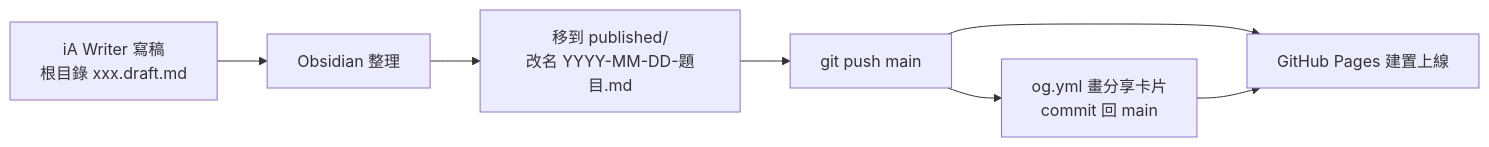
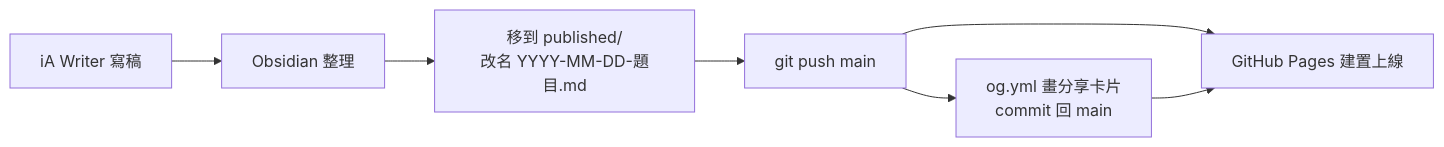
One commit to laiyenju/laiyenju.github.io changed the first of 3 diagrams in README.md. Above: the diagram before and after it, drawn with Mermaid. The commit also changed other lines of this file, not shown here.

````diff
--- a/README.md
+++ b/README.md
@@ -116,9 +117,9 @@
 ```mermaid
 flowchart LR
-  A["iA Writer 寫稿<br/>根目錄 xxx.draft.md"] --> B["Obsidian 整理"]
+  A["iA Writer 寫稿"] --> B["Obsidian 整理"]
   B --> C["移到 published/<br/>改名 YYYY-MM-DD-題目.md"]
   C --> D["git push main"]
   D --> E["GitHub Pages 建置上線"]
   D --> F["og.yml 畫分享卡片<br/>commit 回 main"]
   F --> E
 ```
````
